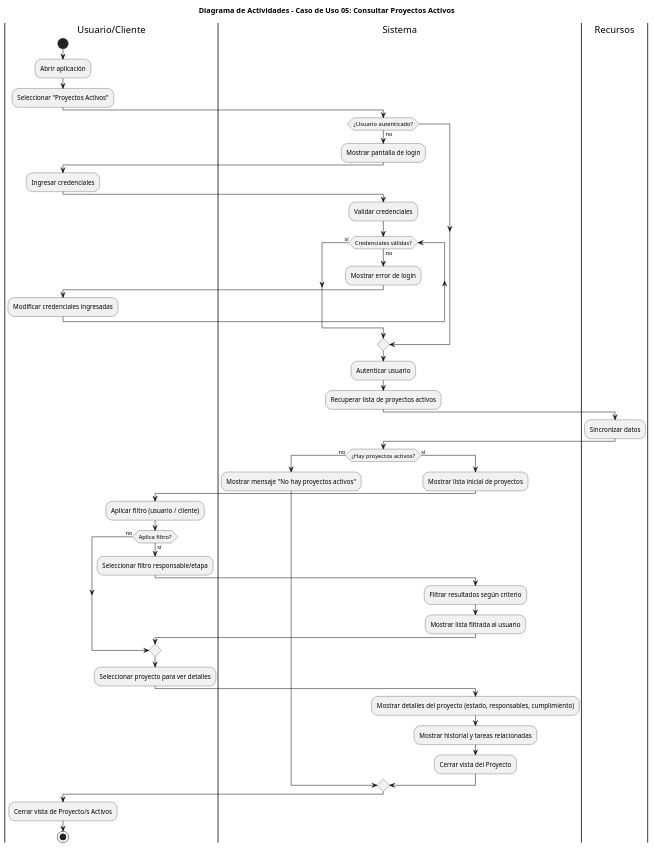
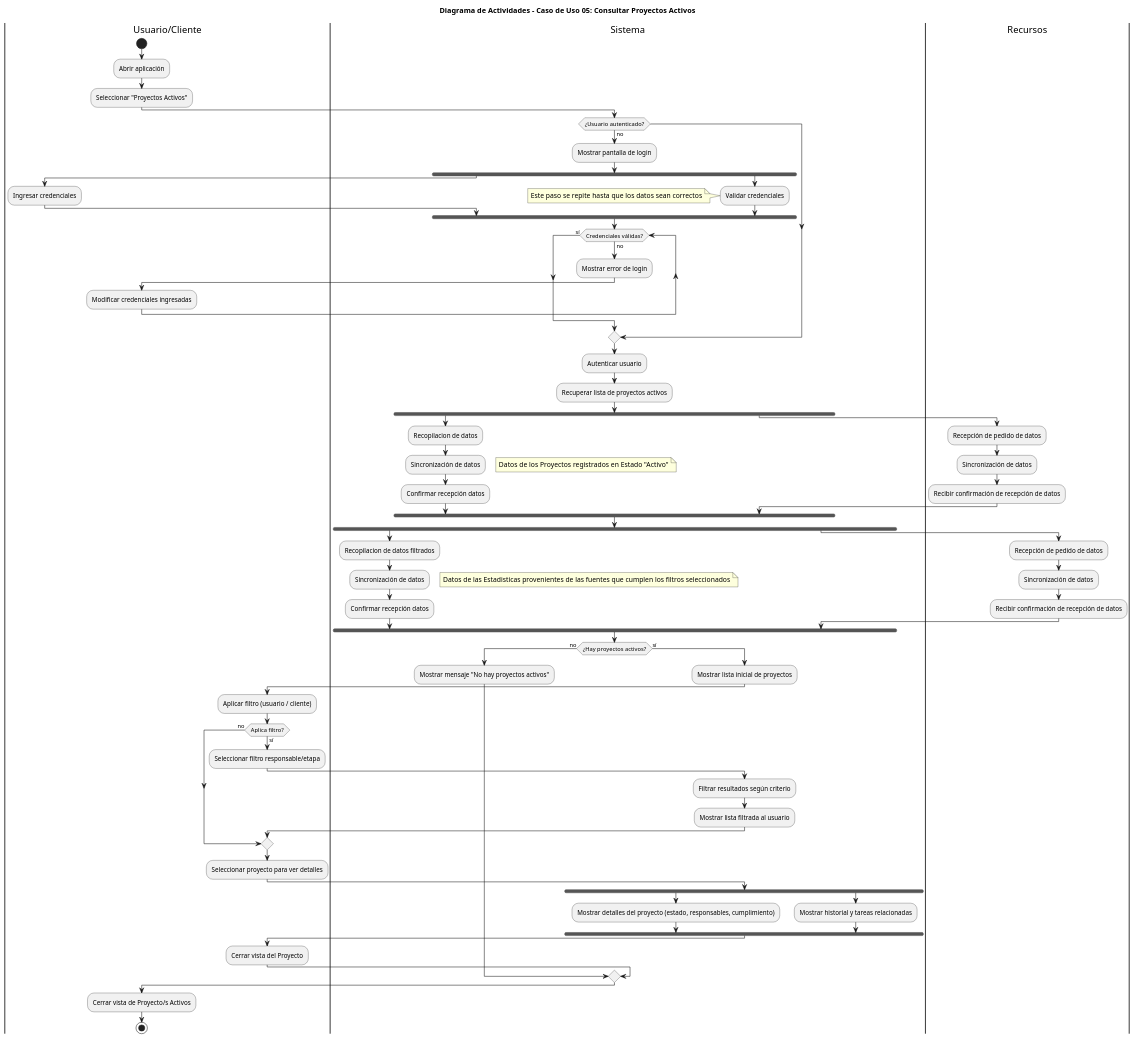
Before and after one commit to 9919-Mili/SistemaProductoraVideos: the diagram in diagramas/04-diagramas-actividades/04-actividad-consultar-proyectos-activos-05.puml, drawn with PlantUML. The commit also changed 3 other files, not shown here.

Commit message:
Fix diagramas de actividades 3, 4 y 5, y changelog

```diff
--- a/diagramas/04-diagramas-actividades/04-actividad-consultar-proyectos-activos-05.puml
+++ b/diagramas/04-diagramas-actividades/04-actividad-consultar-proyectos-activos-05.puml
@@ -1,61 +1,94 @@
 @startuml Diagrama_Actividades_Consultar_Proyectos_Activos
 title Diagrama de Actividades - Caso de Uso 05: Consultar Proyectos Activos
 |Usuario/Cliente|
 start
 :Abrir aplicación;
 :Seleccionar "Proyectos Activos";
 
 |Sistema|
 if (¿Usuario autenticado?) then (no)
   :Mostrar pantalla de login;
 
+fork
 |Usuario/Cliente|
   :Ingresar credenciales;
-
+fork again
 |Sistema|
 :Validar credenciales;
+  note
+  Este paso se repite hasta que los datos sean correctos
+  endnote
+endfork
 while (Credenciales válidas?) is (no)
   :Mostrar error de login;
 |Usuario/Cliente|
   :Modificar credenciales ingresadas;
 endwhile (sí)
 endif
 
 |Sistema|
   :Autenticar usuario;
   :Recuperar lista de proyectos activos;
+|Sistema|
+fork
+  :Recopilacion de datos;
+  :Sincronización de datos;
+floating note right:  Datos de los Proyectos registrados en Estado "Activo"
+  :Confirmar recepción datos;
+|Recursos|
+  fork again
+  :Recepción de pedido de datos;
+  :Sincronización de datos;
+  :Recibir confirmación de recepción de datos;
+|Sistema|
+end fork
 
-  |Recursos|
-  :Sincronizar datos;
-
+  |Sistema|
+fork
+  :Recopilacion de datos filtrados;
+  :Sincronización de datos;
+floating note right: Datos de las Estadisticas provenientes de las fuentes que cumplen los filtros seleccionados
+  :Confirmar recepción datos;
+|Recursos|
+  fork again
+  :Recepción de pedido de datos;
+  :Sincronización de datos;
+  :Recibir confirmación de recepción de datos;
+|Sistema|
+end fork
 |Sistema|
 if (¿Hay proyectos activos?) then (no)
   :Mostrar mensaje "No hay proyectos activos";
 else (sí)
   :Mostrar lista inicial de proyectos;
 
 |Usuario/Cliente|
 :Aplicar filtro (usuario / cliente);
 if (Aplica filtro?) then (sí)
   :Seleccionar filtro responsable/etapa;
 
 |Sistema|
 :Filtrar resultados según criterio;
 :Mostrar lista filtrada al usuario;
 else (no)
 endif
 
 |Usuario/Cliente|
 :Seleccionar proyecto para ver detalles;
 
 |Sistema|
+fork
 :Mostrar detalles del proyecto (estado, responsables, cumplimiento);
+fork again
 :Mostrar historial y tareas relacionadas;
+endfork
+
+|Usuario/Cliente|
 :Cerrar vista del Proyecto;
-endif 
+endif
 
 |Usuario/Cliente|
   :Cerrar vista de Proyecto/s Activos;
   stop
 
 @enduml
```
